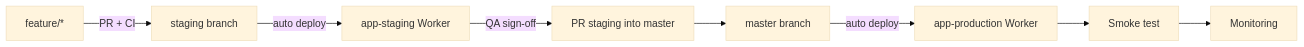
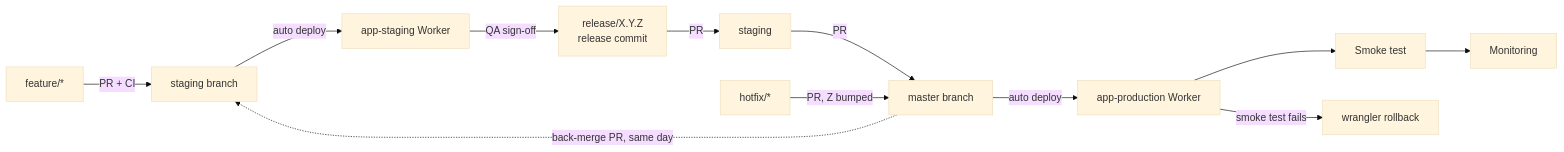
One commit to Improve-To-Grow/MUSUBI changed the first of 2 diagrams in src/templates/shared/steering/rules/itg/ci-cd-and-release.md. Above: the diagram before and after it, drawn with Mermaid (base theme). The commit also changed other lines of this file and 57 other files, not shown here.

````diff
--- a/src/templates/shared/steering/rules/itg/ci-cd-and-release.md
+++ b/src/templates/shared/steering/rules/itg/ci-cd-and-release.md
@@ -19,10 +19,14 @@
 ```mermaid
 flowchart LR
     F[feature/*] -- PR + CI --> ST[staging branch]
     ST -- auto deploy --> WS[app-staging Worker]
-    WS -- QA sign-off --> PR[PR staging into master]
-    PR --> MA[master branch]
+    WS -- QA sign-off --> RB[release/X.Y.Z<br/>release commit]
+    RB -- PR --> ST2[staging]
+    ST2 -- PR --> MA[master branch]
     MA -- auto deploy --> WP[app-production Worker]
     WP --> SM[Smoke test]
     SM --> MO[Monitoring]
+    H[hotfix/*] -- PR, Z bumped --> MA
+    WP -- smoke test fails --> RB2[wrangler rollback]
+    MA -. back-merge PR, same day .-> ST
 ```
````
